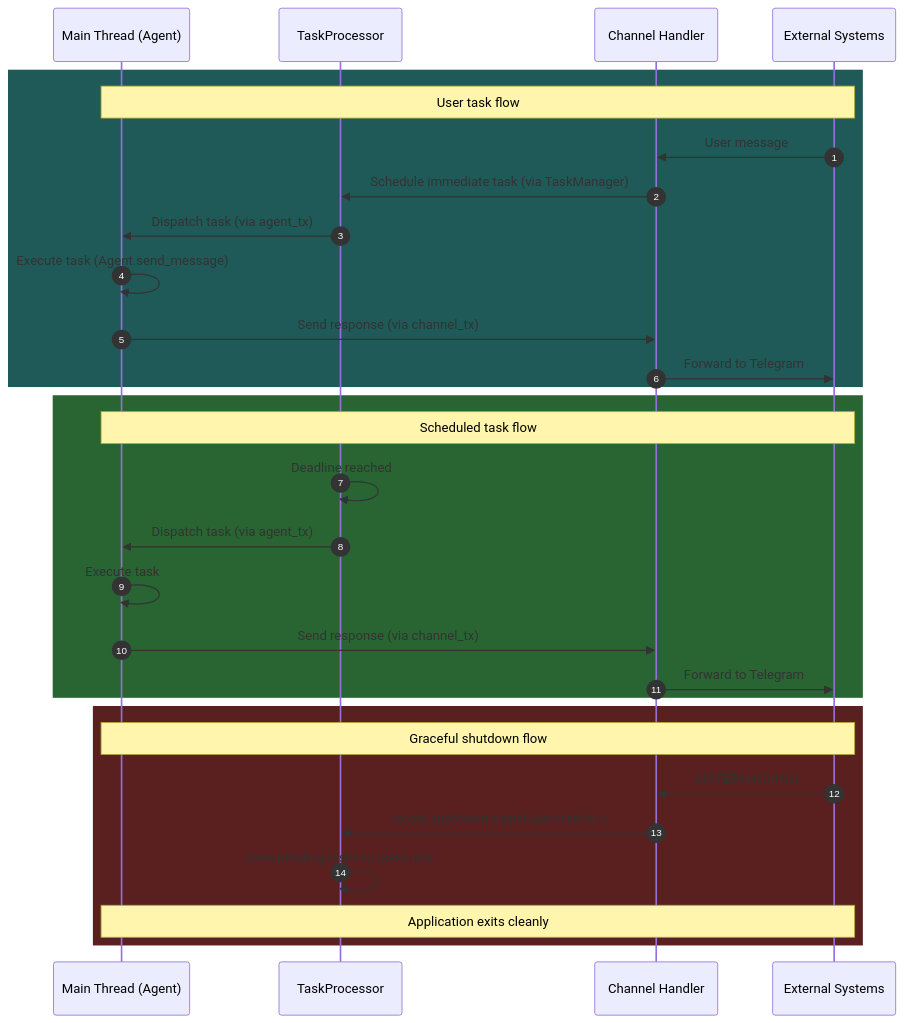
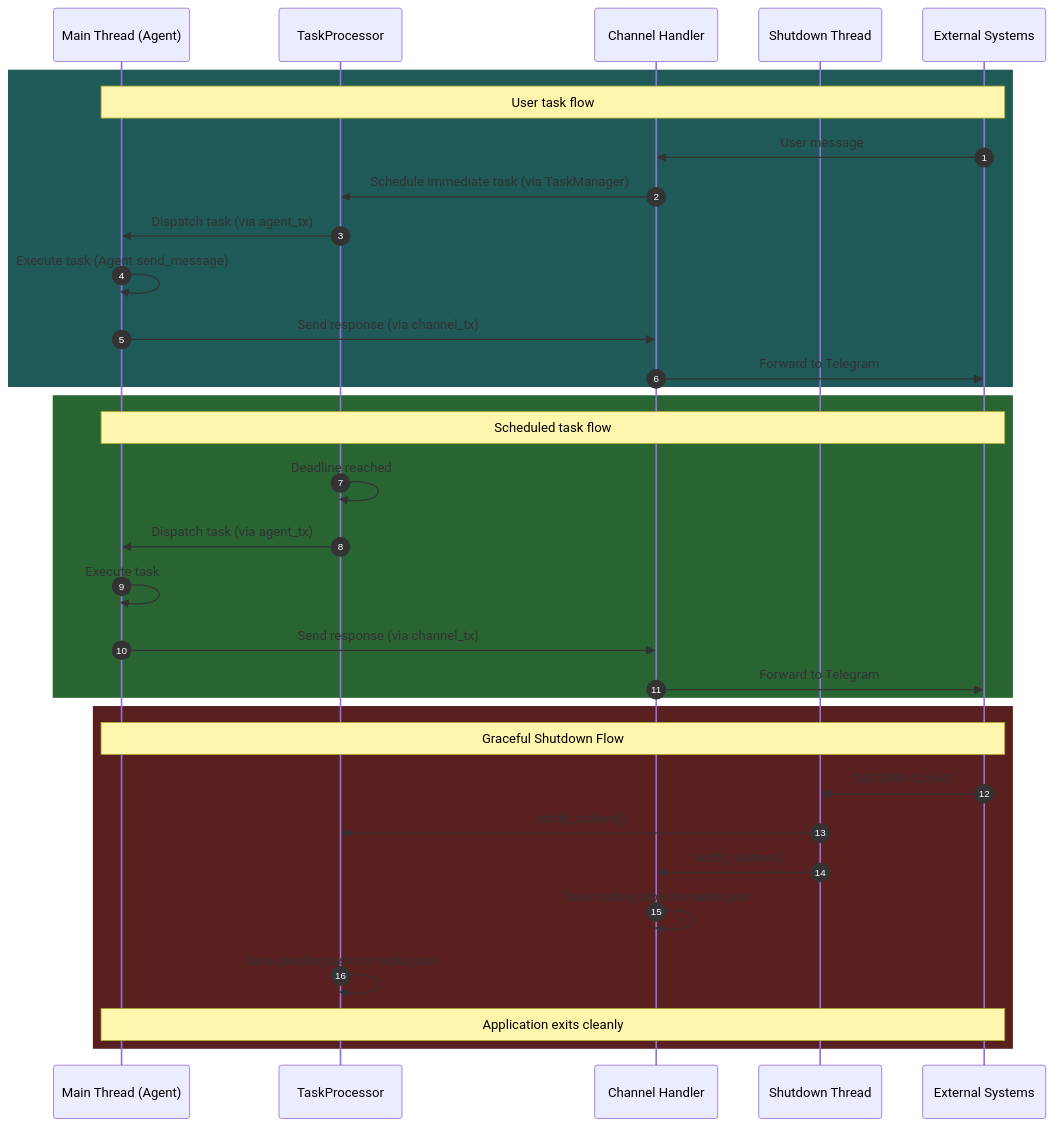
Before and after one commit to zydtiger/yoclaw: the diagram in STRUCTURE.md, drawn with Mermaid. The commit also changed other lines of this file, not shown here.

````diff
--- a/STRUCTURE.md
+++ b/STRUCTURE.md
@@ -163,35 +176,38 @@
 ```mermaid
 sequenceDiagram
     autonumber
     participant P1 as Main Thread (Agent)
     participant P2 as TaskProcessor
     participant P3 as Channel Handler
+    participant P4 as Shutdown Thread
     participant External as External Systems
 
     rect rgb(31, 90, 88)
         Note over P1, External: User task flow
         External->>P3: User message
         P3->>P2: Schedule immediate task (via TaskManager)
         P2->>P1: Dispatch task (via agent_tx)
         P1->>P1: Execute task (Agent.send_message)
         P1->>P3: Send response (via channel_tx)
         P3->>External: Forward to Telegram
     end
 
     rect rgb(41, 101, 50)
         Note over P1, External: Scheduled task flow
         P2->>P2: Deadline reached
         P2->>P1: Dispatch task (via agent_tx)
         P1->>P1: Execute task
         P1->>P3: Send response (via channel_tx)
         P3->>External: Forward to Telegram
     end
 
     rect rgb(90, 31, 31)
-        Note over P1, External: Graceful shutdown flow
-        External->>P3: SIGTERM (Ctrl+C)
-        P3->>P2: Notify shutdown signal (Arc<Notify>)
+        Note over P1, External: Graceful Shutdown Flow
+        External->>P4: SIGTERM (Ctrl+C)
+        P4->>P2: notify_waiters()
+        P4->>P3: notify_waiters()
+        P3->>P3: Save routing table to routes.json
         P2->>P2: Save pending tasks to tasks.json
         Note over P1, External: Application exits cleanly
     end
 ```
````
